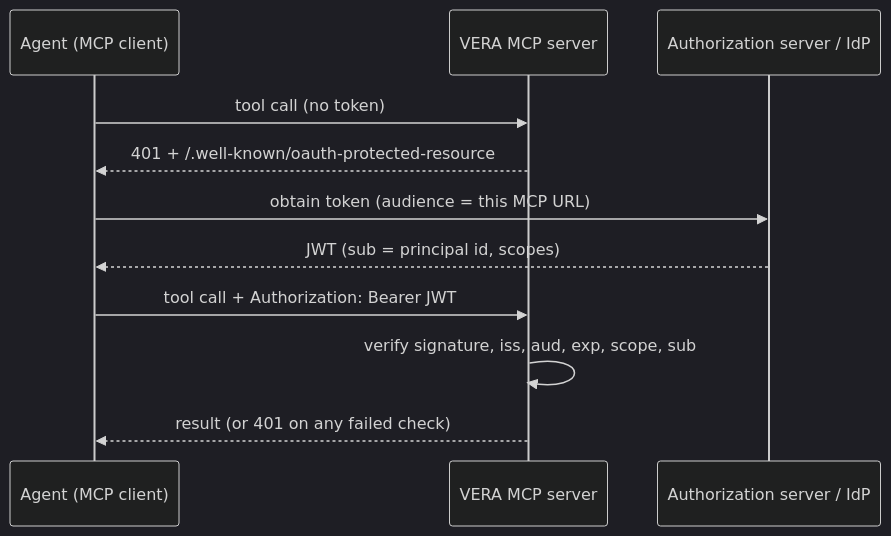
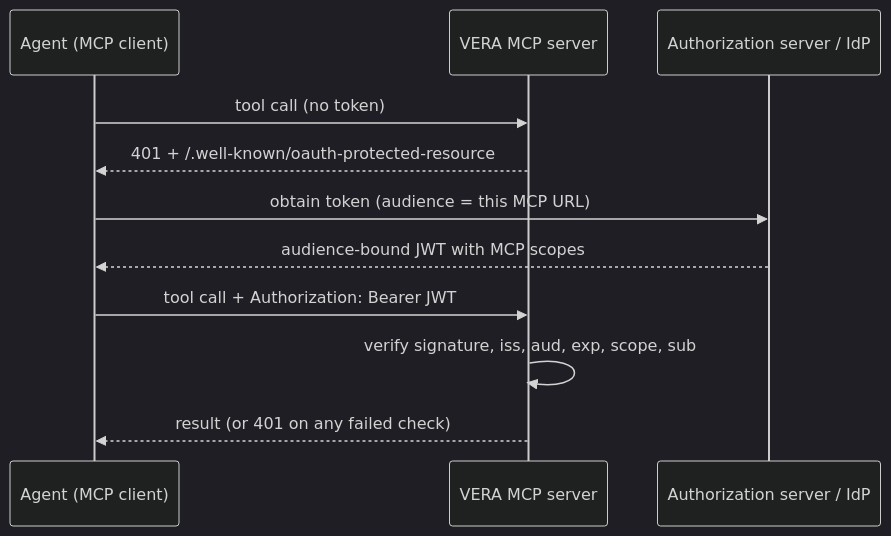
The first of 2 diagrams in docs/mcp.md (KKloudTarus/vera), drawn with Mermaid (dark theme) before and after one commit. The commit also changed other lines of this file and 39 other files, not shown here.

Commit message:
mcp: support external OAuth with JWT fallback

````diff
--- a/docs/mcp.md
+++ b/docs/mcp.md
@@ -106,13 +108,13 @@
 ```mermaid
 sequenceDiagram
   participant C as Agent (MCP client)
   participant M as VERA MCP server
   participant A as Authorization server / IdP
   C->>M: tool call (no token)
   M-->>C: 401 + /.well-known/oauth-protected-resource
   C->>A: obtain token (audience = this MCP URL)
-  A-->>C: JWT (sub = principal id, scopes)
+  A-->>C: audience-bound JWT with MCP scopes
   C->>M: tool call + Authorization: Bearer JWT
   M->>M: verify signature, iss, aud, exp, scope, sub
   M-->>C: result (or 401 on any failed check)
 ```
````
